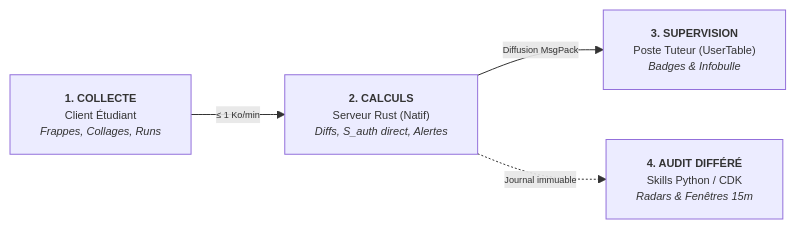
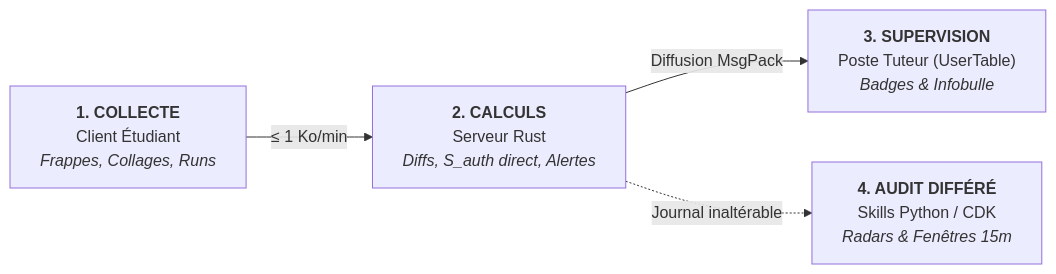
One commit to jlehuen/CodeLab changed the first of 6 diagrams in docs/ACTIVITY_TRACKING.md. Above: the diagram before and after it, drawn with Mermaid. The commit also changed other lines of this file and 1 other file, not shown here.

Commit message:
docs: modernisation du diagramme des deux canaux d'exploitation sans balises span

````diff
--- a/docs/ACTIVITY_TRACKING.md
+++ b/docs/ACTIVITY_TRACKING.md
@@ -22,12 +22,9 @@
 ```mermaid
-%%{init: {'themeVariables': { 'fontSize': '11px' }}}%%
 flowchart LR
-    classDef default font-size:11px;
-
     A["<b>1. COLLECTE</b><br/>Client Étudiant<br/><i>Frappes, Collages, Runs</i>"] 
-    -->|"<small>≤ 1 Ko/min</small>"| B["<b>2. CALCULS</b><br/>Serveur Rust (Natif)<br/><i>Diffs, S_auth direct, Alertes</i>"]
+    -->|"≤ 1 Ko/min"| B["<b>2. CALCULS</b><br/>Serveur Rust<br/><i>Diffs, S_auth direct, Alertes</i>"]
     
-    B -->|"<small>Diffusion MsgPack</small>"| C["<b>3. SUPERVISION</b><br/>Poste Tuteur (UserTable)<br/><i>Badges &amp; Infobulle</i>"]
+    B -->|"Diffusion MsgPack"| C["<b>3. SUPERVISION</b><br/>Poste Tuteur (UserTable)<br/><i>Badges &amp; Infobulle</i>"]
     
-    B -.->|"<small>Journal immuable</small>"| D["<b>4. AUDIT DIFFÉRÉ</b><br/>Skills Python / CDK<br/><i>Radars &amp; Fenêtres 15m</i>"]
+    B -.->|"Journal inaltérable"| D["<b>4. AUDIT DIFFÉRÉ</b><br/>Skills Python / CDK<br/><i>Radars &amp; Fenêtres 15m</i>"]
 ```
````
